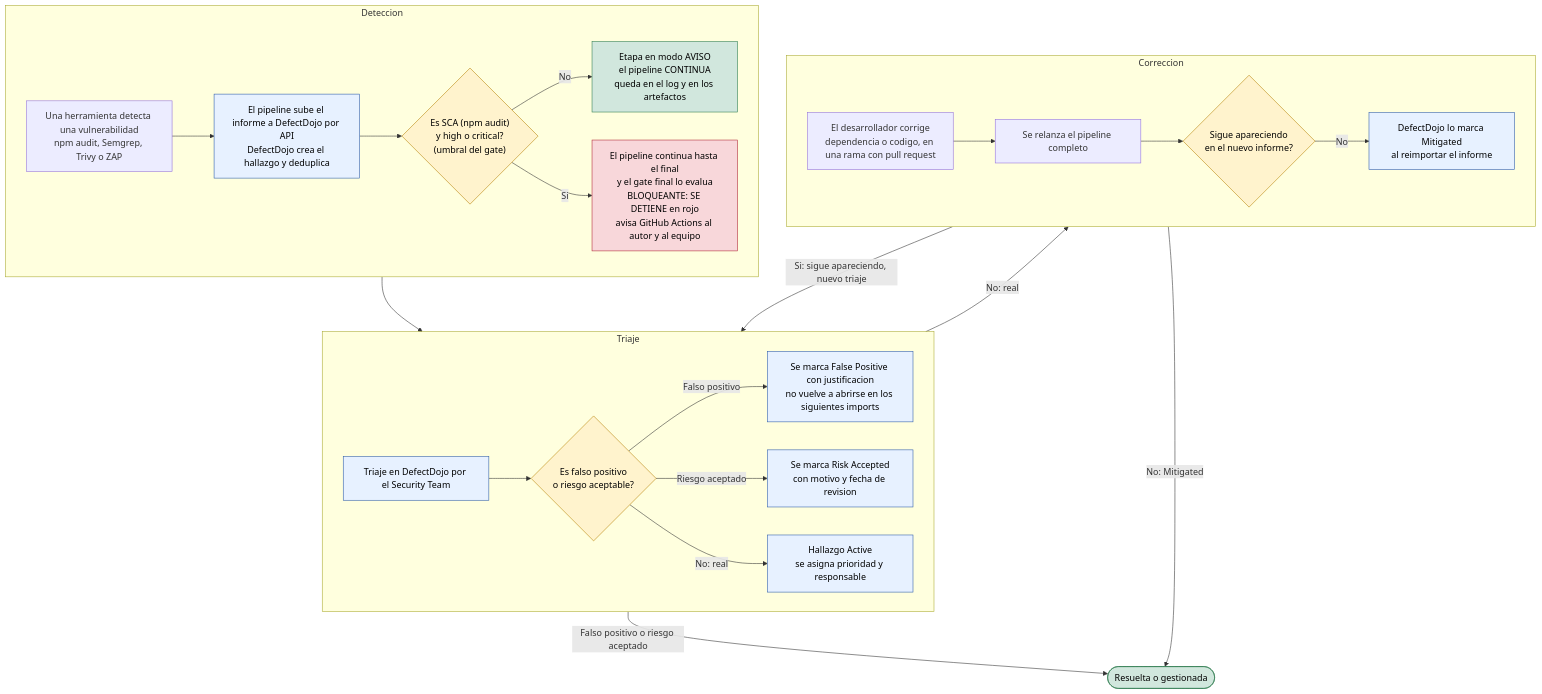
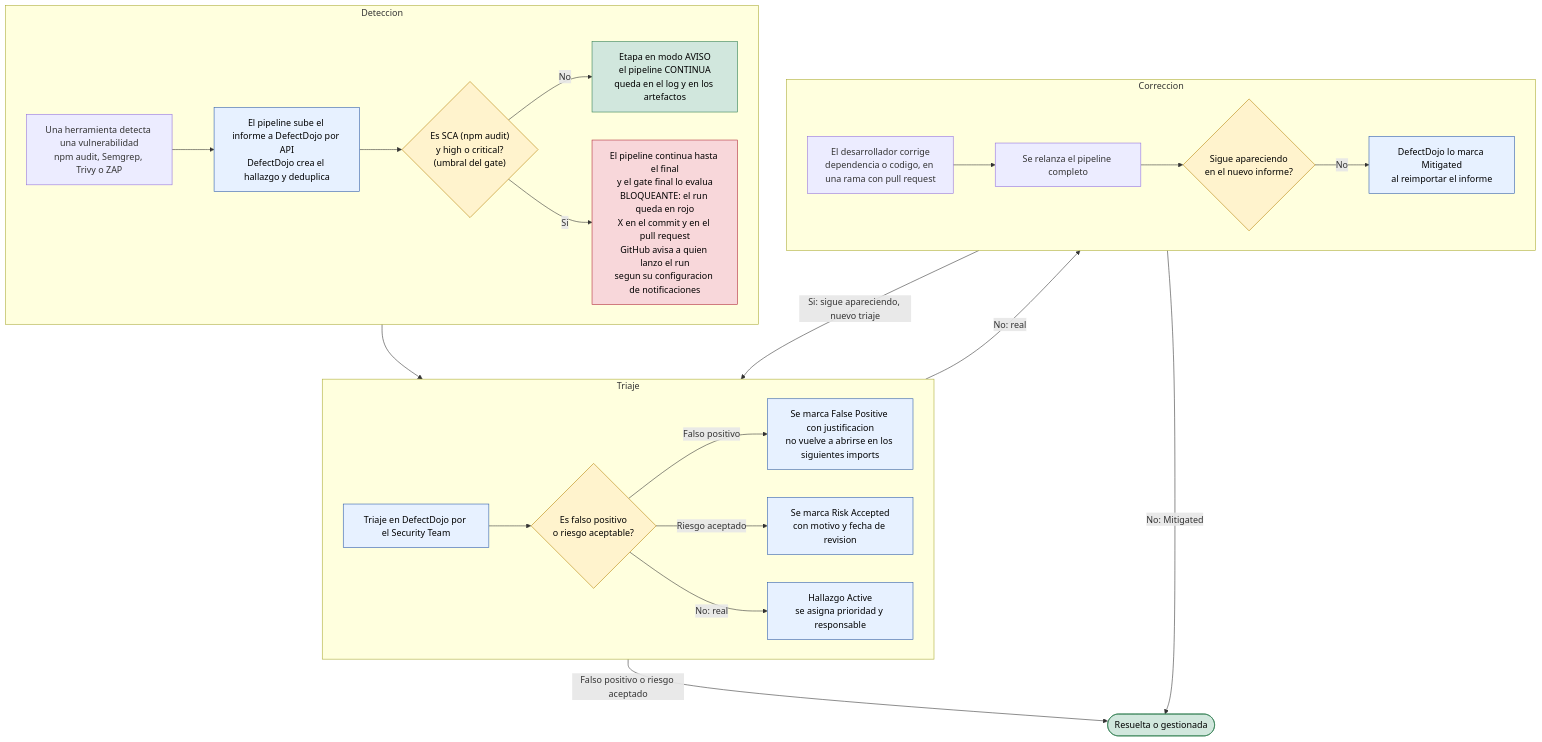
The diagram in devsecops/diagrams/vuln-flow.mmd (Ridawo/SOS-hardened), drawn with Mermaid before and after one commit.

Commit message:
docs(devsecops): describe who GitHub notifies when the gate fails

```diff
--- a/devsecops/diagrams/vuln-flow.mmd
+++ b/devsecops/diagrams/vuln-flow.mmd
@@ -1,39 +1,39 @@
 %% Diagrama 1.b: flujo ante una vulnerabilidad detectada por el pipeline de SOS-hardened
 flowchart TD
     subgraph DET["Deteccion"]
         direction LR
         A["Una herramienta detecta una vulnerabilidad<br/>npm audit, Semgrep, Trivy o ZAP"] --> B["El pipeline sube el informe a DefectDojo por API<br/>DefectDojo crea el hallazgo y deduplica"]
         B --> D{"Es SCA (npm audit)<br/>y high o critical?<br/>(umbral del gate)"}
         D -- "No" --> E["Etapa en modo AVISO<br/>el pipeline CONTINUA<br/>queda en el log y en los artefactos"]
-        D -- "Si" --> H["El pipeline continua hasta el final<br/>y el gate final lo evalua<br/>BLOQUEANTE: SE DETIENE en rojo<br/>avisa GitHub Actions al autor y al equipo"]
+        D -- "Si" --> H["El pipeline continua hasta el final<br/>y el gate final lo evalua<br/>BLOQUEANTE: el run queda en rojo<br/>X en el commit y en el pull request<br/>GitHub avisa a quien lanzo el run<br/>segun su configuracion de notificaciones"]
     end
 
     subgraph TRI["Triaje"]
         direction LR
         K["Triaje en DefectDojo por el Security Team"] --> L{"Es falso positivo<br/>o riesgo aceptable?"}
         L -- "Falso positivo" --> M["Se marca False Positive con justificacion<br/>no vuelve a abrirse en los siguientes imports"]
         L -- "Riesgo aceptado" --> N["Se marca Risk Accepted<br/>con motivo y fecha de revision"]
         L -- "No: real" --> O["Hallazgo Active<br/>se asigna prioridad y responsable"]
     end
 
     subgraph COR["Correccion"]
         direction LR
         P["El desarrollador corrige<br/>dependencia o codigo, en una rama con pull request"] --> Q["Se relanza el pipeline completo"]
         Q --> R{"Sigue apareciendo<br/>en el nuevo informe?"}
         R -- "No" --> S["DefectDojo lo marca Mitigated<br/>al reimportar el informe"]
     end
 
     DET --> TRI
     TRI -->|"No: real"| COR
     COR -->|"Si: sigue apareciendo, nuevo triaje"| TRI
     TRI -->|"Falso positivo o riesgo aceptado"| Z(["Resuelta o gestionada"])
     COR -->|"No: Mitigated"| Z
 
     classDef decision fill:#fff3cd,stroke:#b58105,color:#000
     classDef stop fill:#f8d7da,stroke:#b02a37,color:#000
     classDef go fill:#d1e7dd,stroke:#2f7d4f,color:#000
     classDef dojo fill:#e7f1ff,stroke:#2b5aa8,color:#000
     class D,L,R decision
     class H stop
     class E,Z go
     class B,K,M,N,O,S dojo
```
